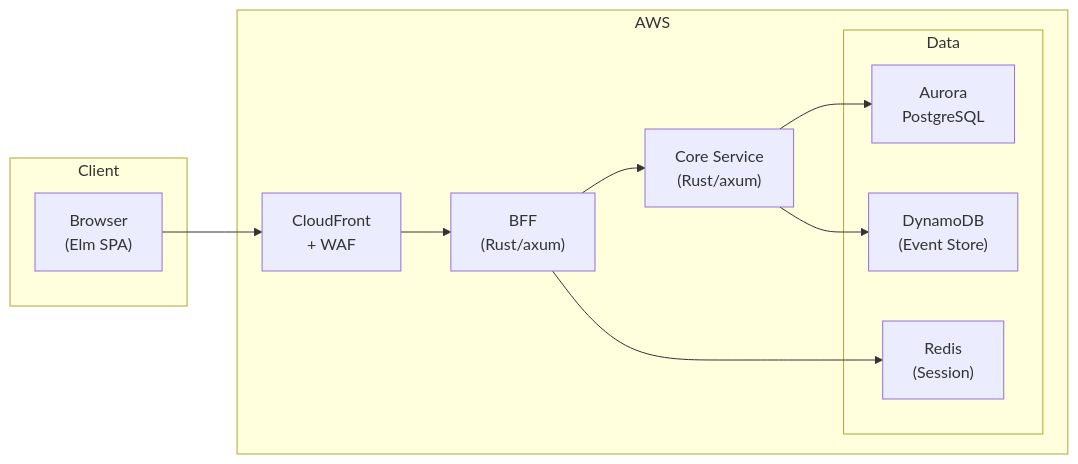
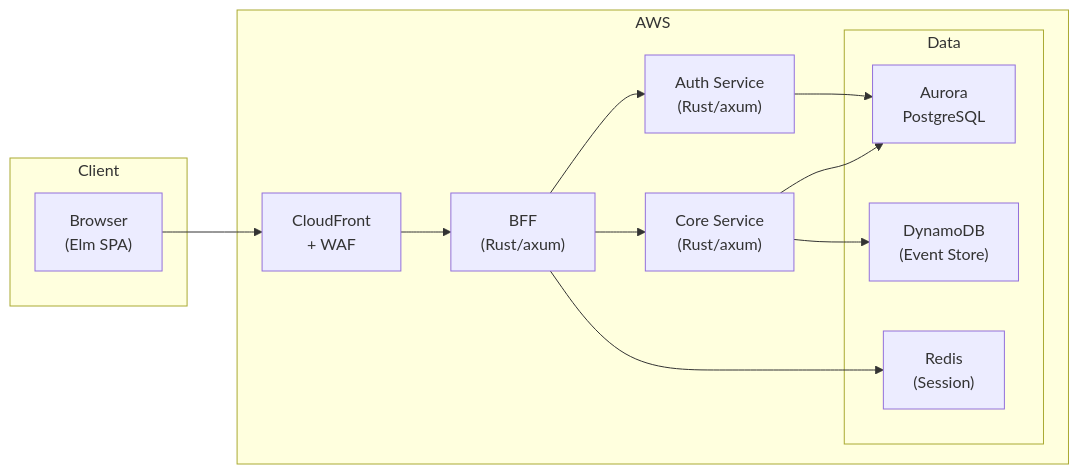
Before and after one commit to ka2kama/ringiflow: the diagram in README.md, drawn with Mermaid. The commit also changed other lines of this file and 1 other file, not shown here.

Commit message:
docs: README, CLAUDE.md に Auth Service を追加
- バックエンド構成に Auth Service を追記
- アーキテクチャ図に Auth Service を追加

````diff
--- a/README.md
+++ b/README.md
@@ -55,24 +55,27 @@
 ```mermaid
 flowchart LR
     subgraph Client
         Browser["Browser\n(Elm SPA)"]
     end
 
     subgraph AWS
         CF["CloudFront\n+ WAF"]
         BFF["BFF\n(Rust/axum)"]
         Core["Core Service\n(Rust/axum)"]
+        Auth["Auth Service\n(Rust/axum)"]
 
         subgraph Data
             Aurora["Aurora\nPostgreSQL"]
             DynamoDB["DynamoDB\n(Event Store)"]
             Redis["Redis\n(Session)"]
         end
     end
 
     Browser --> CF --> BFF
     BFF --> Core
+    BFF --> Auth
     BFF --> Redis
     Core --> Aurora
     Core --> DynamoDB
+    Auth --> Aurora
 ```
````
